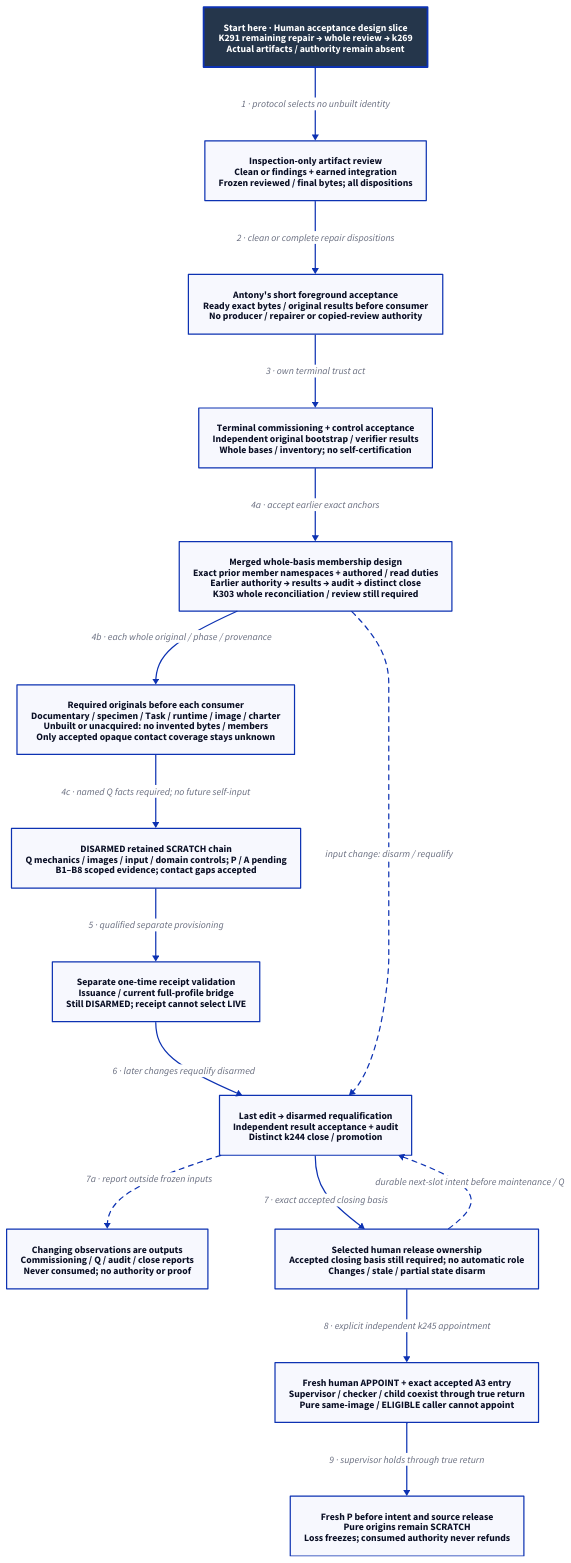
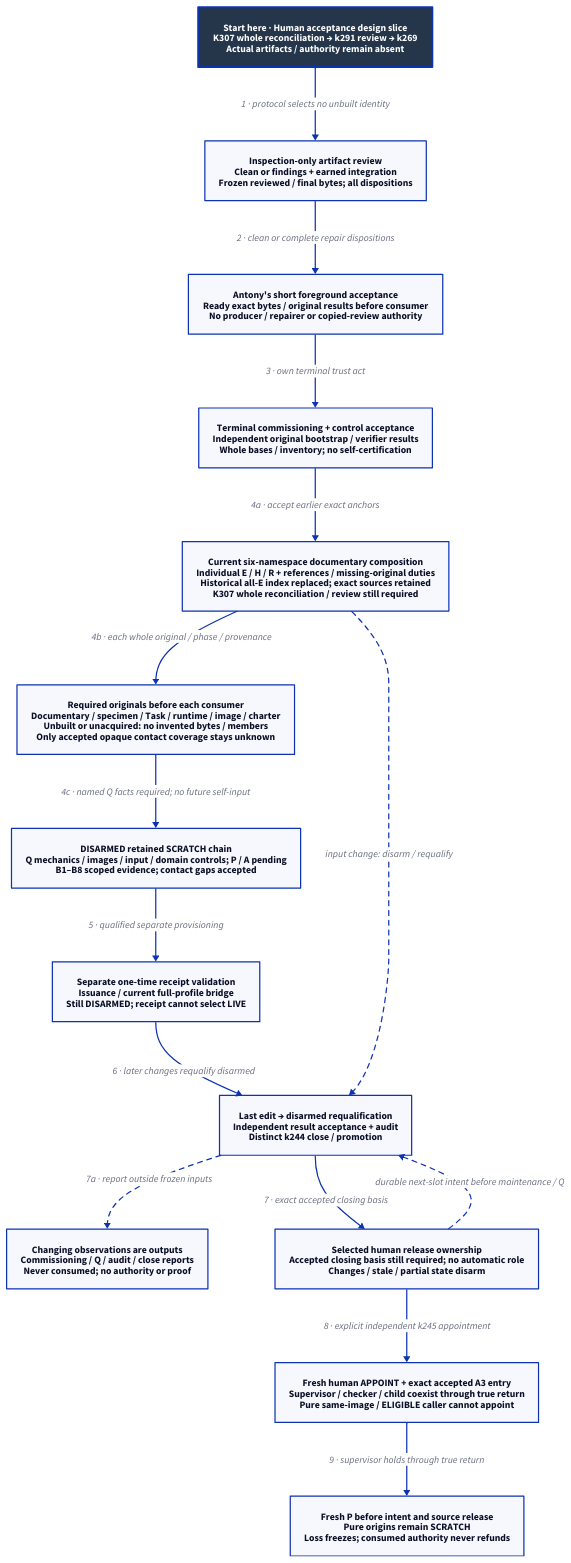
Before and after one commit to Linkuistics/Koine: the diagram in docs/design/architecture/native-reference-proof.d2, drawn with D2. The commit also changed 9 other files, not shown here.

Commit message:
Merge reference evidence input inventories (reference-evidence-merged-inputs-k306); decompose reference-evidence-session-admission-k303

```diff
--- a/docs/design/architecture/native-reference-proof.d2
+++ b/docs/design/architecture/native-reference-proof.d2
@@ -1,32 +1,32 @@
 # Proposed dependency flow; root, tools and controls remain unqualified.
 direction: down
 classes: {
   start: {style: {fill: "#25364B"; font-color: "#FFFFFF"; bold: true; stroke-width: 3}}
 }
-Start: "Start here · Human acceptance design slice\nK291 remaining repair → whole review → k269\nActual artifacts / authority remain absent" {class: start}
+Start: "Start here · Human acceptance design slice\nK307 whole reconciliation → k291 review → k269\nActual artifacts / authority remain absent" {class: start}
 Review: "Inspection-only artifact review\nClean or findings + earned integration\nFrozen reviewed / final bytes; all dispositions"
 Owner: "Antony's short foreground acceptance\nReady exact bytes / original results before consumer\nNo producer / repairer or copied-review authority"
 Self: "Terminal commissioning + control acceptance\nIndependent original bootstrap / verifier results\nWhole bases / inventory; no self-certification"
 Qualification: "DISARMED retained SCRATCH chain\nQ mechanics / images / input / domain controls; P / A pending\nB1–B8 scoped evidence; contact gaps accepted"
-Inputs: "Merged whole-basis membership design\nExact prior member namespaces + authored / read duties\nEarlier authority → results → audit → distinct close\nK303 whole reconciliation / review still required"
+Inputs: "Current six-namespace documentary composition\nIndividual E / H / R + references / missing-original duties\nHistorical all-E index replaced; exact sources retained\nK307 whole reconciliation / review still required"
 Bases: "Required originals before each consumer\nDocumentary / specimen / Task / runtime / image / charter\nUnbuilt or unacquired: no invented bytes / members\nOnly accepted opaque contact coverage stays unknown"
 Report: "Changing observations are outputs\nCommissioning / Q / audit / close reports\nNever consumed; no authority or proof"
 Receipt: "Separate one-time receipt validation\nIssuance / current full-profile bridge\nStill DISARMED; receipt cannot select LIVE"
 Final: "Last edit → disarmed requalification\nIndependent result acceptance + audit\nDistinct k244 close / promotion"
 Release: "Selected human release ownership\nAccepted closing basis still required; no automatic role\nChanges / stale / partial state disarm"
 Channel: "Fresh human APPOINT + exact accepted A3 entry\nSupervisor / checker / child coexist through true return\nPure same-image / ELIGIBLE caller cannot appoint"
 Boundary: "Fresh P before intent and source release\nPure origins remain SCRATCH\nLoss freezes; consumed authority never refunds"
 Start -> Review: "1 · protocol selects no unbuilt identity"
 Review -> Owner: "2 · clean or complete repair dispositions"
 Owner -> Self: "3 · own terminal trust act"
 Self -> Inputs: "4a · accept earlier exact anchors"
 Inputs -> Bases: "4b · each whole original / phase / provenance"
 Bases -> Qualification: "4c · named Q facts required; no future self-input"
 Qualification -> Receipt: "5 · qualified separate provisioning"
 Receipt -> Final: "6 · later changes requalify disarmed"
 Final -> Release: "7 · exact accepted closing basis"
 Final -> Report: "7a · report outside frozen inputs" {style.stroke-dash: 4}
 Inputs -> Final: "input change: disarm / requalify" {style.stroke-dash: 4}
 Release -> Final: "durable next-slot intent before maintenance / Q" {style.stroke-dash: 4}
 Release -> Channel: "8 · explicit independent k245 appointment"
 Channel -> Boundary: "9 · supervisor holds through true return"
```
